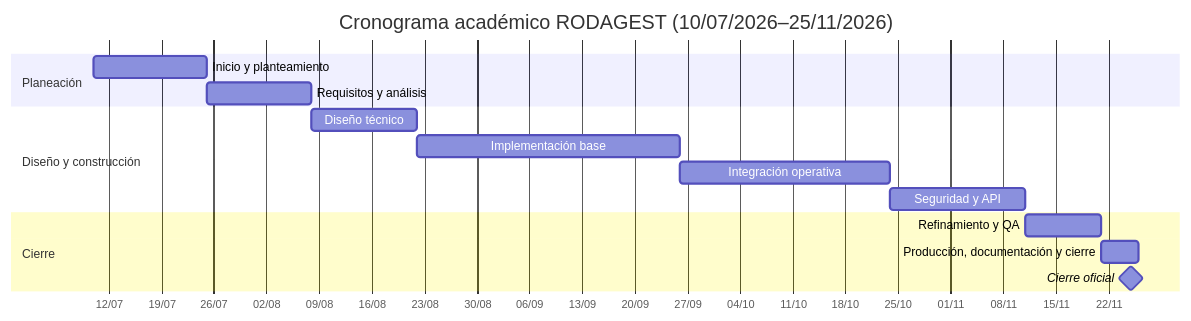
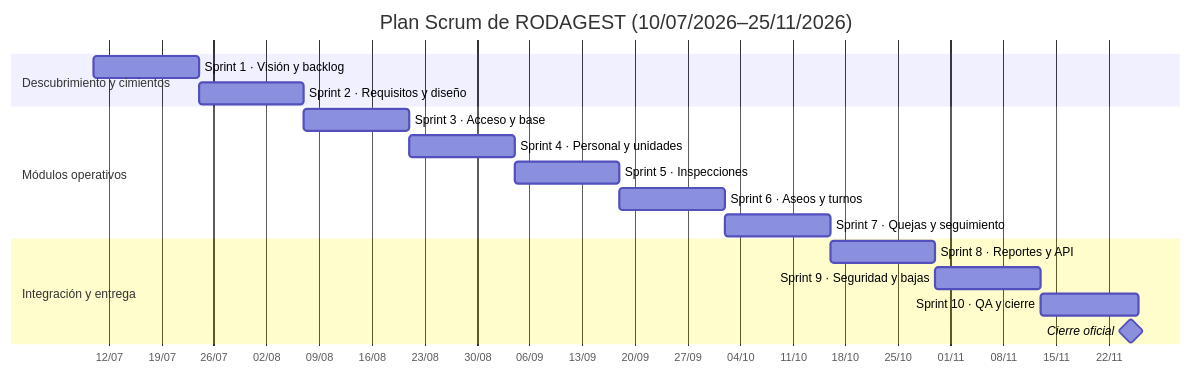
One commit to DI3G0180/RODAGEST changed the fourth of 12 diagrams in DOCUMENTO_FINAL_UPTEX_RODAGEST.md. Above: the diagram before and after it, drawn with Mermaid. The commit also changed other lines of this file and 41 other files, not shown here.

````diff
--- a/DOCUMENTO_FINAL_UPTEX_RODAGEST.md
+++ b/DOCUMENTO_FINAL_UPTEX_RODAGEST.md
@@ -568,18 +720,20 @@
 ```mermaid
 gantt
-    title Cronograma académico RODAGEST (10/07/2026–25/11/2026)
+    title Plan Scrum de RODAGEST (10/07/2026–25/11/2026)
     dateFormat YYYY-MM-DD
     axisFormat %d/%m
-    section Planeación
-    Inicio y planteamiento       :a1, 2026-07-10, 15d
-    Requisitos y análisis        :a2, 2026-07-25, 14d
-    section Diseño y construcción
-    Diseño técnico               :b1, 2026-08-08, 14d
-    Implementación base          :b2, 2026-08-22, 35d
-    Integración operativa        :b3, 2026-09-26, 28d
-    Seguridad y API              :b4, 2026-10-24, 18d
-    section Cierre
-    Refinamiento y QA            :c1, 2026-11-11, 10d
-    Producción, documentación y cierre :c2, 2026-11-21, 5d
+    section Descubrimiento y cimientos
+    Sprint 1 · Visión y backlog :s1, 2026-07-10, 14d
+    Sprint 2 · Requisitos y diseño :s2, 2026-07-24, 14d
+    section Módulos operativos
+    Sprint 3 · Acceso y base :s3, 2026-08-07, 14d
+    Sprint 4 · Personal y unidades :s4, 2026-08-21, 14d
+    Sprint 5 · Inspecciones :s5, 2026-09-04, 14d
+    Sprint 6 · Aseos y turnos :s6, 2026-09-18, 14d
+    Sprint 7 · Quejas y seguimiento :s7, 2026-10-02, 14d
+    section Integración y entrega
+    Sprint 8 · Reportes y API :s8, 2026-10-16, 14d
+    Sprint 9 · Seguridad y bajas :s9, 2026-10-30, 14d
+    Sprint 10 · QA y cierre :s10, 2026-11-13, 13d
     Cierre oficial               :milestone, m1, 2026-11-25, 0d
 ```
````
